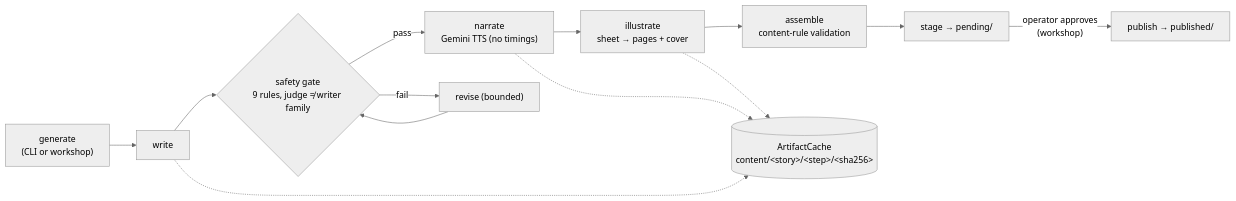
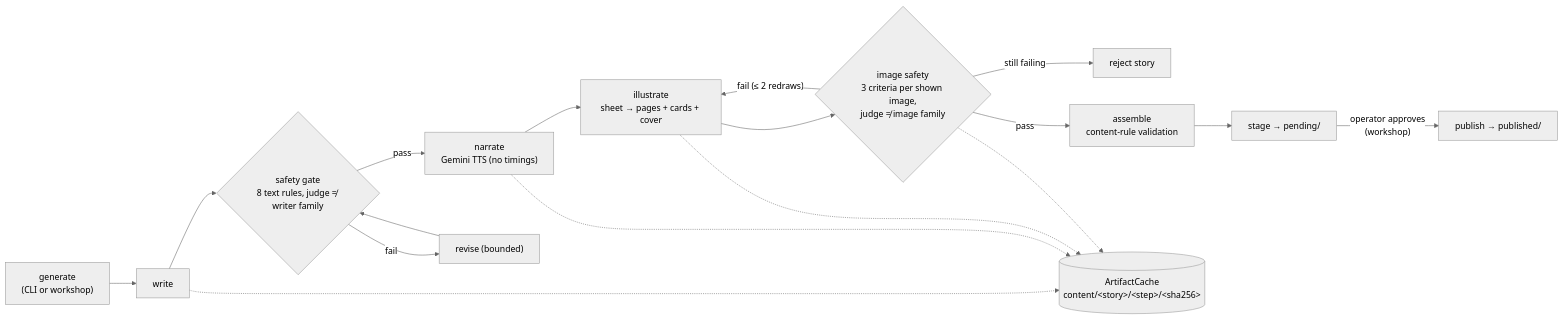
The sixth of 7 diagrams in docs/system-overview.md (darth-dodo/cantastorie), drawn with Mermaid (neutral theme) before and after one commit. The commit also changed other lines of this file and 22 other files, not shown here.

First line of the commit message:
fix(pipeline): judge rendered images with a cross-family vision model (B4, AI-476) (#110)

````diff
--- a/docs/system-overview.md
+++ b/docs/system-overview.md
@@ -191,17 +191,21 @@
 ```mermaid
 flowchart LR
     G["generate<br/>(CLI or workshop)"] --> W["write"]
-    W --> SG{"safety gate<br/>9 rules, judge ≠ writer family"}
+    W --> SG{"safety gate<br/>8 text rules, judge ≠ writer family"}
     SG -- pass --> N["narrate<br/>Gemini TTS (no timings)"]
     SG -- fail --> RV["revise (bounded)"]
     RV --> SG
-    N --> I["illustrate<br/>sheet → pages + cover"]
-    I --> A["assemble<br/>content-rule validation"]
+    N --> I["illustrate<br/>sheet → pages + cards + cover"]
+    I --> IS{"image safety<br/>3 criteria per shown image,<br/>judge ≠ image family"}
+    IS -- "fail (≤ 2 redraws)" --> I
+    IS -- "still failing" --> RJ["reject story"]
+    IS -- pass --> A["assemble<br/>content-rule validation"]
     A --> ST["stage → pending/"]
     ST -- "operator approves<br/>(workshop)" --> PB["publish → published/"]
 
     Cache[("ArtifactCache<br/>content/&lt;story&gt;/&lt;step&gt;/&lt;sha256&gt;")]
     W -.-> Cache
     N -.-> Cache
     I -.-> Cache
+    IS -.-> Cache
 ```
````
